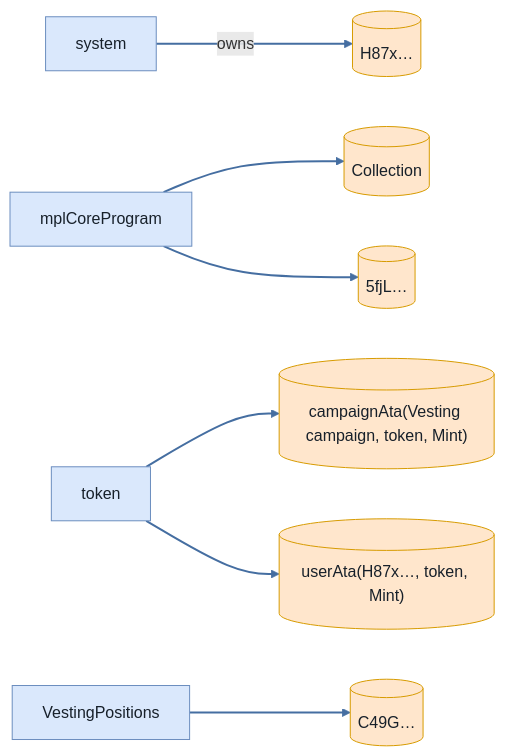
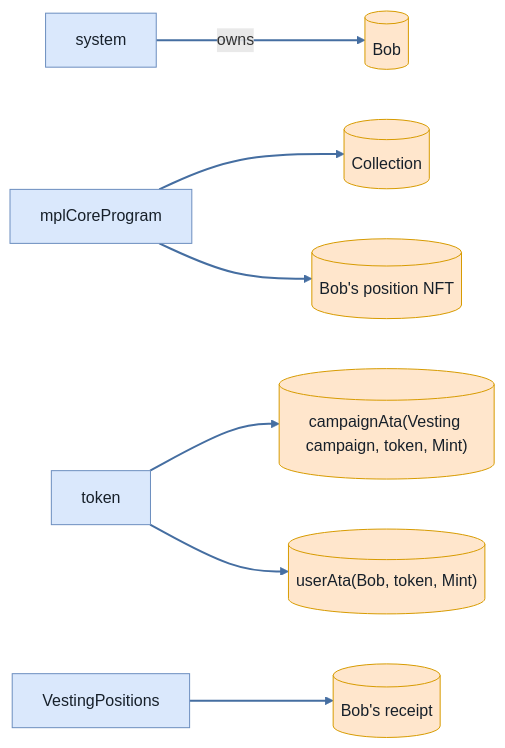
One commit to cds-turbin3/vesting-position changed diagram 18 of 18 in babelfish-tests/test-report/scenario_2_two_users_transfer_and_bob_claims_both.md. Above: the diagram before and after it, drawn with Mermaid. The commit also changed other lines of this file and 104 other files, not shown here.

````diff
--- a/babelfish-tests/test-report/scenario_2_two_users_transfer_and_bob_claims_both.md
+++ b/babelfish-tests/test-report/scenario_2_two_users_transfer_and_bob_claims_both.md
@@ -723,23 +722,23 @@
 ```mermaid
 flowchart LR
     system["system"]:::program
-    H87x[("H87x…")]:::state
+    Bob[("Bob")]:::state
     mplCoreProgram["mplCoreProgram"]:::program
     Collection[("Collection")]:::state
     token["token"]:::program
     campaignAtaVestingcampaigntokenMint[("campaignAta(Vesting campaign, token, Mint)")]:::state
-    userAtaH87xtokenMint[("userAta(H87x…, token, Mint)")]:::state
-    n5fjL[("5fjL…")]:::state
+    userAtaBobtokenMint[("userAta(Bob, token, Mint)")]:::state
+    BobspositionNFT[("Bob's position NFT")]:::state
     VestingPositions["VestingPositions"]:::program
-    C49G[("C49G…")]:::state
-    system -->|owns| H87x
+    Bobsreceipt[("Bob's receipt")]:::state
+    system -->|owns| Bob
     mplCoreProgram --> Collection
     token --> campaignAtaVestingcampaigntokenMint
-    token --> userAtaH87xtokenMint
-    mplCoreProgram --> n5fjL
-    VestingPositions --> C49G
+    token --> userAtaBobtokenMint
+    mplCoreProgram --> BobspositionNFT
+    VestingPositions --> Bobsreceipt
     classDef program fill:#dae8fc,stroke:#6c8ebf,color:#17202a;
     classDef signer fill:#d5e8d4,stroke:#82b366,color:#17202a;
     classDef state fill:#ffe6cc,stroke:#d79b00,color:#17202a;
     linkStyle 0,1,2,3,4,5 stroke:#456ea1,stroke-width:2px
 ```
````
